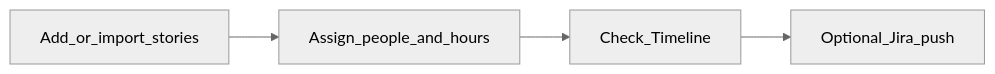
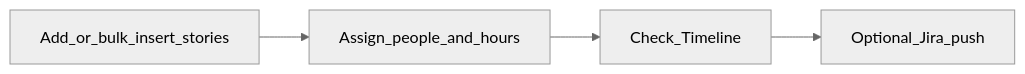
The second of 2 diagrams in docs/USER_GUIDE.md (noha-samir/sprint-planner), drawn with Mermaid (neutral theme) before and after one commit. The commit also changed other lines of this file and 15 other files, not shown here.

````diff
--- a/docs/USER_GUIDE.md
+++ b/docs/USER_GUIDE.md
@@ -69,6 +69,6 @@
 ```mermaid
 flowchart LR
-  add[Add_or_import_stories] --> assign[Assign_people_and_hours]
+  add[Add_or_bulk_insert_stories] --> assign[Assign_people_and_hours]
   assign --> check[Check_Timeline]
   check --> sync[Optional_Jira_push]
 ```
````
